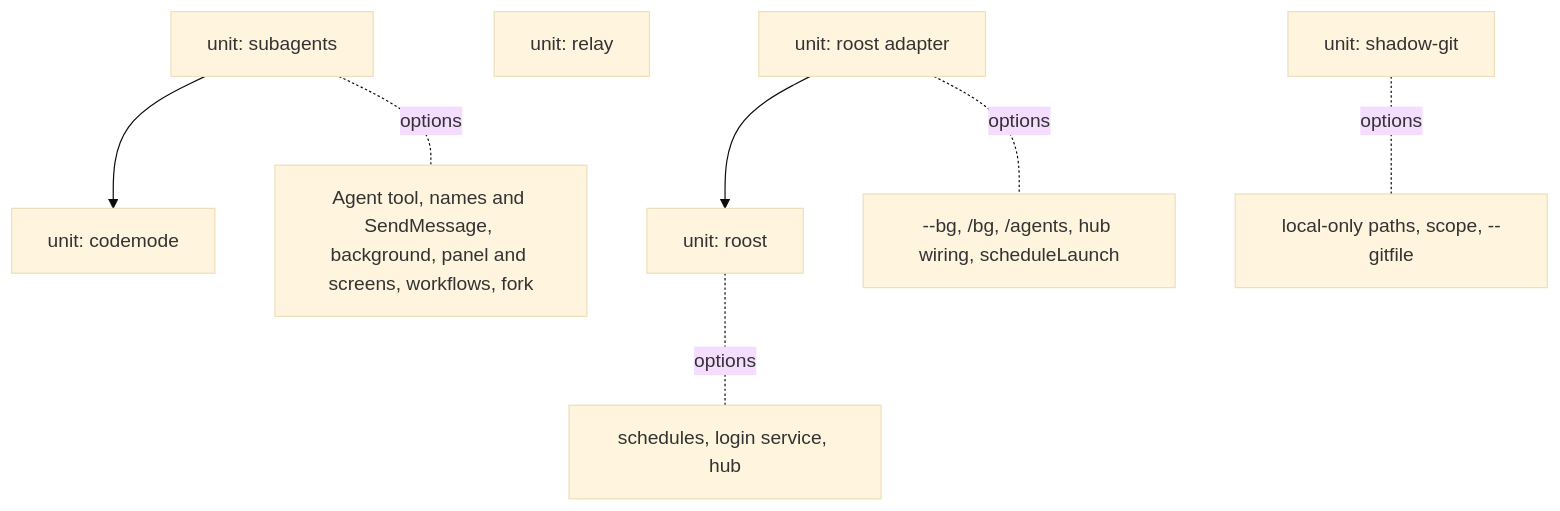
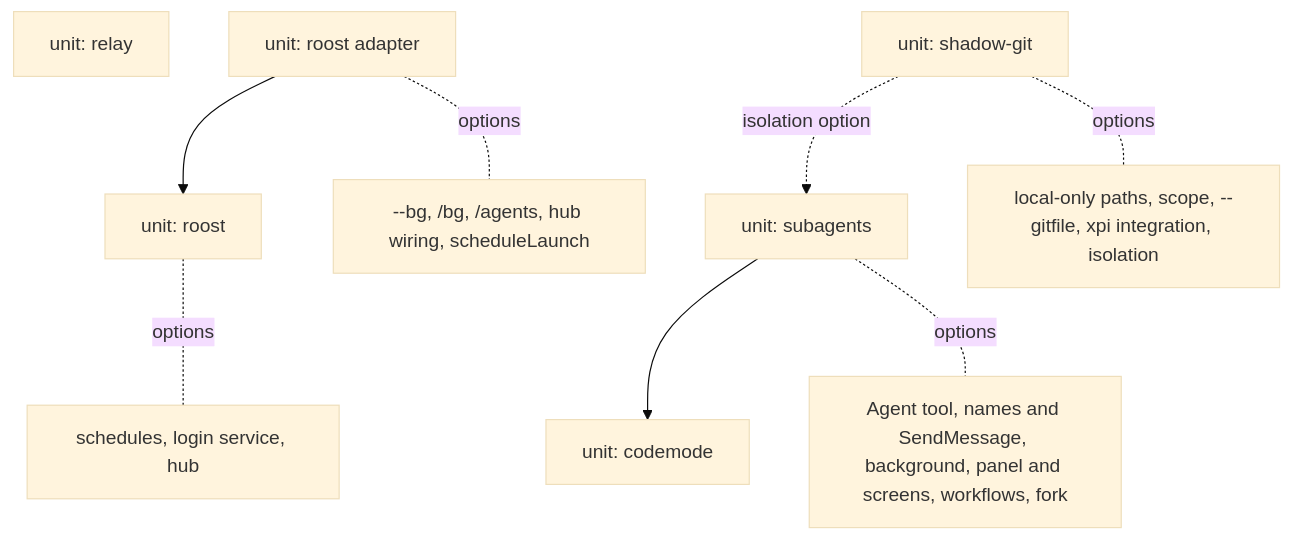
Before and after one commit to luoxin9510/xin-pi: the diagram in packages/xpi-coding-agent/docs/porting.md, drawn with Mermaid (base theme). The commit also changed other lines of this file and 8 other files, not shown here.

First line of the commit message:
docs: shadow-git in xpi (agents, isolation, teammates, porting, revisions)

````diff
--- a/packages/xpi-coding-agent/docs/porting.md
+++ b/packages/xpi-coding-agent/docs/porting.md
@@ -35,15 +35,16 @@
 ```mermaid
 graph TD
   codemode[unit: codemode]
   subagents[unit: subagents]
   relay[unit: relay]
   roost[unit: roost]
   adapter[unit: roost adapter]
   shadowgit[unit: shadow-git]
   subagents --> codemode
   adapter --> roost
+  shadowgit -. isolation option .-> subagents
   subagents -. options .- o1[Agent tool, names and SendMessage, background, panel and screens, workflows, fork]
   roost -. options .- o2[schedules, login service, hub]
-  shadowgit -. options .- o4[local-only paths, scope, --gitfile]
+  shadowgit -. options .- o4[local-only paths, scope, --gitfile, xpi integration, isolation]
   adapter -. options .- o3[--bg, /bg, /agents, hub wiring, scheduleLaunch]
 ```
````
